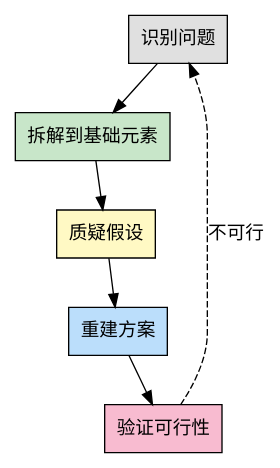
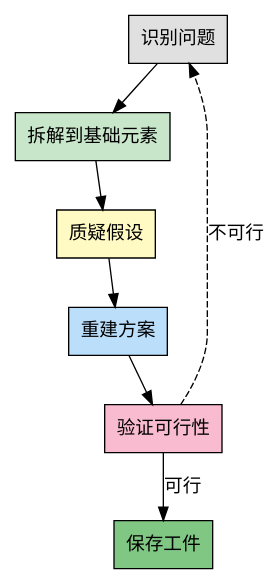
The diagram in skills/first-principles/SKILL.md (konglong87/methodology-skills), drawn with Graphviz before and after one commit. The commit also changed other lines of this file and 12 other files, not shown here.

````diff
--- a/skills/first-principles/SKILL.md
+++ b/skills/first-principles/SKILL.md
@@ -35,17 +124,19 @@
 ```dot
 digraph first_principles {
     rankdir=TB;
 
     "识别问题" [shape=box, style=filled, fillcolor="#e0e0e0"];
     "拆解到基础元素" [shape=box, style=filled, fillcolor="#c8e6c9"];
     "质疑假设" [shape=box, style=filled, fillcolor="#fff9c4"];
     "重建方案" [shape=box, style=filled, fillcolor="#bbdefb"];
     "验证可行性" [shape=box, style=filled, fillcolor="#f8bbd0"];
+    "保存工件" [shape=box, style=filled, fillcolor="#81c784"];
 
     "识别问题" -> "拆解到基础元素";
     "拆解到基础元素" -> "质疑假设";
     "质疑假设" -> "重建方案";
     "重建方案" -> "验证可行性";
     "验证可行性" -> "识别问题" [label="不可行", style=dashed];
+    "验证可行性" -> "保存工件" [label="可行"];
 }
 ```
````
